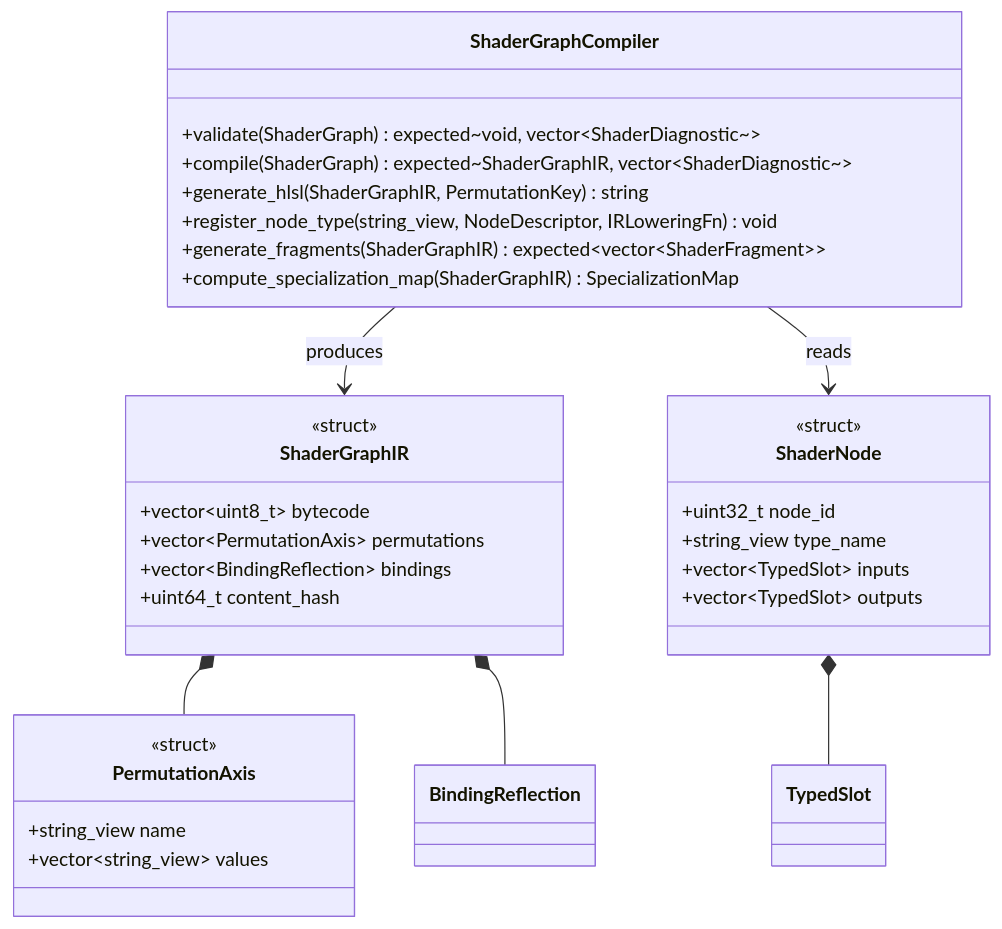
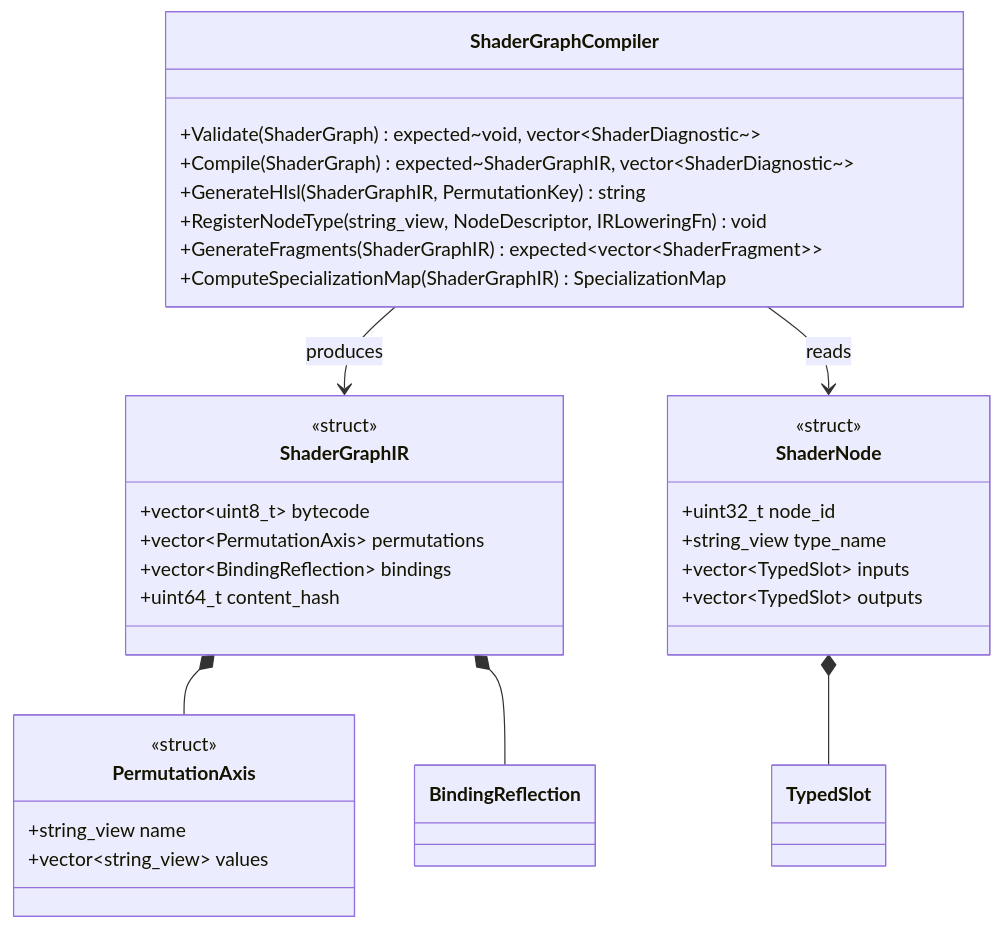
The second of 16 diagrams in docs/design/shader-pipeline-classes.md (harmonius-dev/harmonius), drawn with Mermaid before and after one commit. The commit also changed other lines of this file and 67 other files, not shown here.

````diff
--- a/docs/design/shader-pipeline-classes.md
+++ b/docs/design/shader-pipeline-classes.md
@@ -113,36 +113,36 @@
 ```mermaid
 classDiagram
     class ShaderNode {
         <<struct>>
         +uint32_t node_id
         +string_view type_name
         +vector~TypedSlot~ inputs
         +vector~TypedSlot~ outputs
     }
     class PermutationAxis {
         <<struct>>
         +string_view name
         +vector~string_view~ values
     }
     class ShaderGraphIR {
         <<struct>>
         +vector~uint8_t~ bytecode
         +vector~PermutationAxis~ permutations
         +vector~BindingReflection~ bindings
         +uint64_t content_hash
     }
     class ShaderGraphCompiler {
-        +validate(ShaderGraph) expected~void, vector~ShaderDiagnostic~~
-        +compile(ShaderGraph) expected~ShaderGraphIR, vector~ShaderDiagnostic~~
-        +generate_hlsl(ShaderGraphIR, PermutationKey) string
-        +register_node_type(string_view, NodeDescriptor, IRLoweringFn) void
-        +generate_fragments(ShaderGraphIR) expected~vector~ShaderFragment~~
-        +compute_specialization_map(ShaderGraphIR) SpecializationMap
+        +Validate(ShaderGraph) expected~void, vector~ShaderDiagnostic~~
+        +Compile(ShaderGraph) expected~ShaderGraphIR, vector~ShaderDiagnostic~~
+        +GenerateHlsl(ShaderGraphIR, PermutationKey) string
+        +RegisterNodeType(string_view, NodeDescriptor, IRLoweringFn) void
+        +GenerateFragments(ShaderGraphIR) expected~vector~ShaderFragment~~
+        +ComputeSpecializationMap(ShaderGraphIR) SpecializationMap
     }
 
     ShaderNode *-- TypedSlot
     ShaderGraphIR *-- PermutationAxis
     ShaderGraphIR *-- BindingReflection
     ShaderGraphCompiler --> ShaderGraphIR : produces
     ShaderGraphCompiler --> ShaderNode : reads
 ```
````
